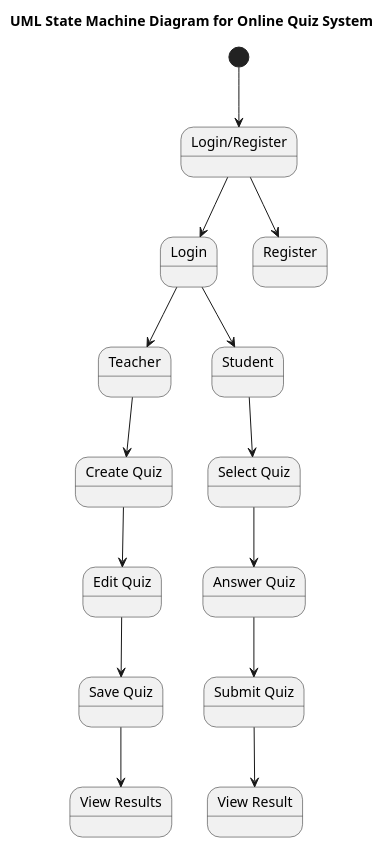
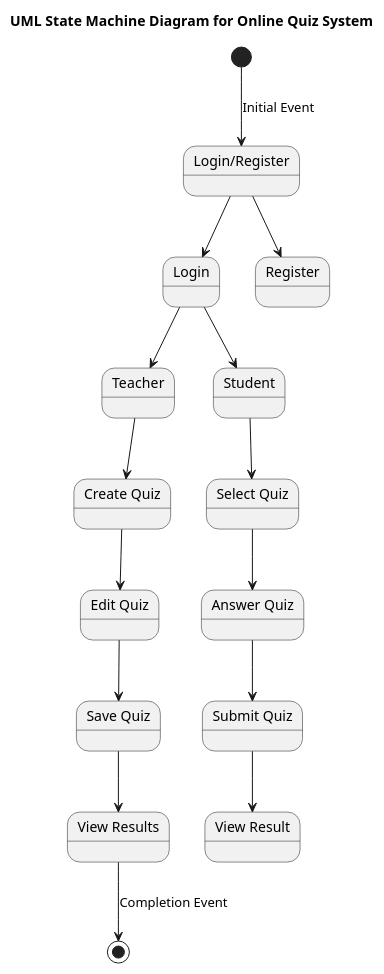
Before and after one commit to maimunafaria/State_transition_Diagram_generated_by_LLM: the diagram in final_results/runs/open_source__qwen25_7b_instruct__rag_validation_generator_critic_repair__syntax_grounded_no_rules_original_rag/case_37_online_quiz_system/run_01.puml, drawn with PlantUML. The commit also changed 23 other files, not shown here.

```diff
--- a/final_results/runs/open_source__qwen25_7b_instruct__rag_validation_generator_critic_repair__syntax_grounded_no_rules_original_rag/case_37_online_quiz_system/run_01.puml
+++ b/final_results/runs/open_source__qwen25_7b_instruct__rag_validation_generator_critic_repair__syntax_grounded_no_rules_original_rag/case_37_online_quiz_system/run_01.puml
@@ -1,34 +1,36 @@
 @startuml
 title UML State Machine Diagram for Online Quiz System
 
 state "Login/Register" as LoginRegister
 state "Teacher" as Teacher
 state "Student" as Student
 state "Create Quiz" as CreateQuiz
 state "Edit Quiz" as EditQuiz
 state "Save Quiz" as SaveQuiz
 state "View Results" as ViewResults
 state "Select Quiz" as SelectQuiz
 state "Answer Quiz" as AnswerQuiz
 state "Submit Quiz" as SubmitQuiz
 state "View Result" as ViewResult
 
-[*] --> LoginRegister
+[*] --> LoginRegister : Initial Event
 
 LoginRegister --> Login
 LoginRegister --> Register
 
 Login --> Teacher
 Login --> Student
 
 Student --> SelectQuiz
 SelectQuiz --> AnswerQuiz
 AnswerQuiz --> SubmitQuiz
 SubmitQuiz --> ViewResult
 
 Teacher --> CreateQuiz
 CreateQuiz --> EditQuiz
 EditQuiz --> SaveQuiz
 SaveQuiz --> ViewResults
 
+ViewResults --> [*] : Completion Event
+
 @enduml
```
